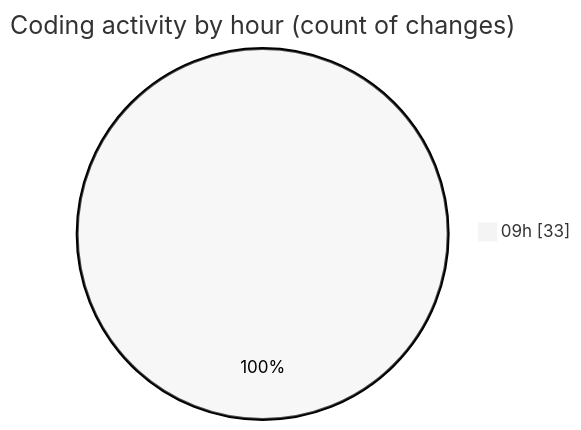
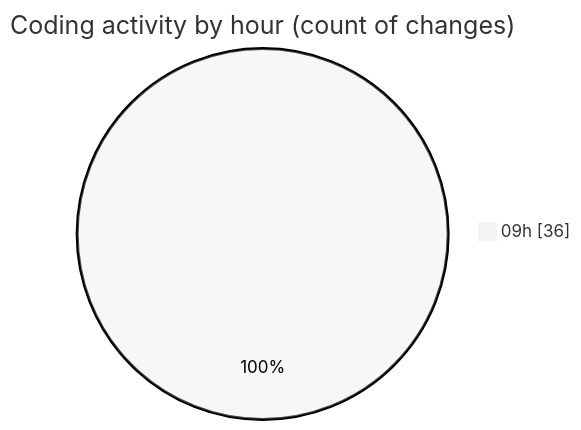
The second of 2 diagrams in 2026-05-08/cda/README.md (momahboobian/code-tracking), drawn with Mermaid (neutral theme) before and after one commit. The commit also changed other lines of this file and 1 other file, not shown here.

````diff
--- a/2026-05-08/cda/README.md
+++ b/2026-05-08/cda/README.md
@@ -44,5 +44,5 @@
 ```mermaid
 pie showData
 title Coding activity by hour (count of changes)
-"09h" : 33
+"09h" : 36
 ```
````
